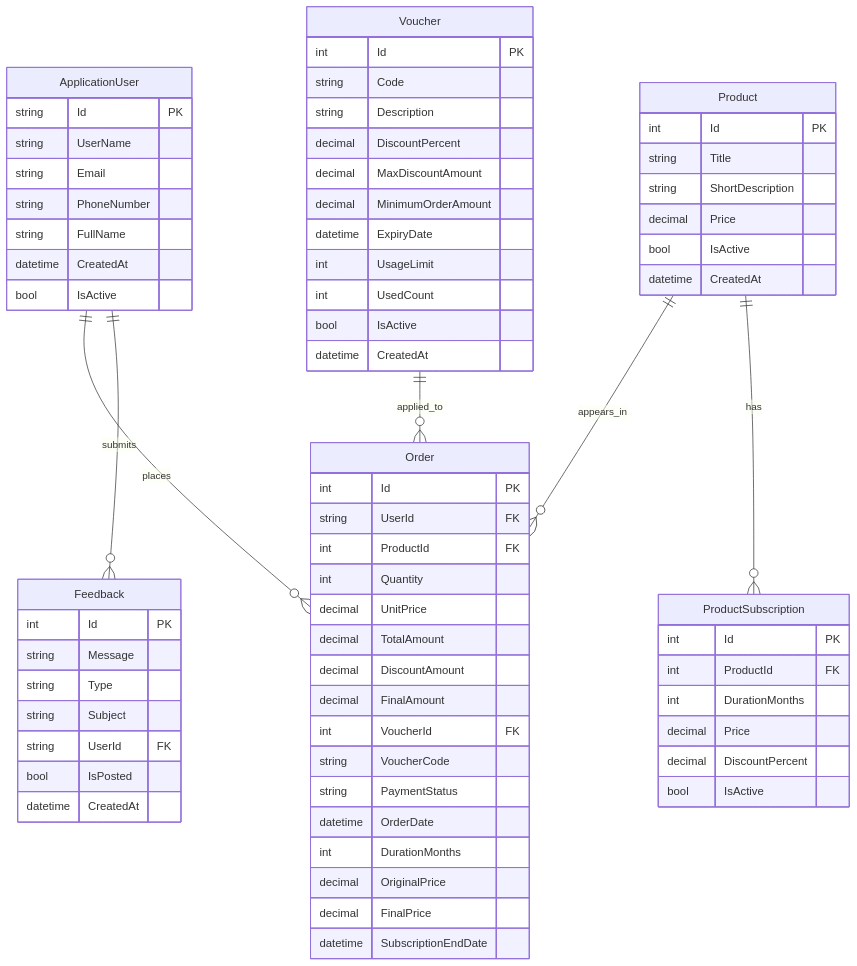
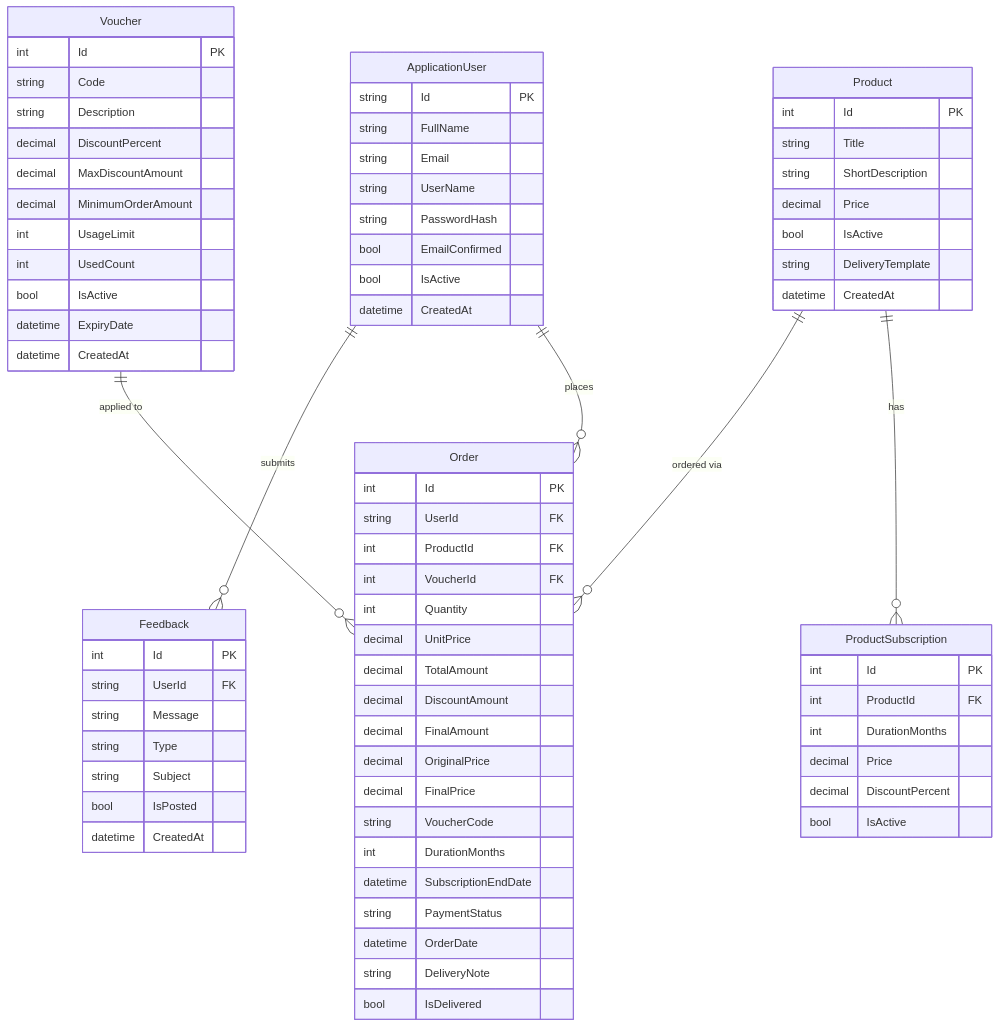
One commit to Saobia3i/LinearAi_v1 changed the diagram in ERD.md. Above: the diagram before and after it, drawn with Mermaid. The commit also changed other lines of this file and 1 other file, not shown here.

Commit message:
added erd and use case diagram

````diff
--- a/ERD.md
+++ b/ERD.md
@@ -8,12 +4,13 @@
 erDiagram
     ApplicationUser {
         string Id PK
+        string FullName
+        string Email
         string UserName
-        string Email
-        string PhoneNumber
-        string FullName
+        string PasswordHash
+        bool EmailConfirmed
+        bool IsActive
         datetime CreatedAt
-        bool IsActive
     }
 
     Product {
@@ -22,6 +19,7 @@
         string ShortDescription
         decimal Price
         bool IsActive
+        string DeliveryTemplate
         datetime CreatedAt
     }
 
@@ -34,6 +32,27 @@
         bool IsActive
     }
 
+    Order {
+        int Id PK
+        string UserId FK
+        int ProductId FK
+        int VoucherId FK
+        int Quantity
+        decimal UnitPrice
+        decimal TotalAmount
+        decimal DiscountAmount
+        decimal FinalAmount
+        decimal OriginalPrice
+        decimal FinalPrice
+        string VoucherCode
+        int DurationMonths
+        datetime SubscriptionEndDate
+        string PaymentStatus
+        datetime OrderDate
+        string DeliveryNote
+        bool IsDelivered
+    }
+
     Voucher {
         int Id PK
         string Code
@@ -41,45 +60,26 @@
         decimal DiscountPercent
         decimal MaxDiscountAmount
         decimal MinimumOrderAmount
-        datetime ExpiryDate
         int UsageLimit
         int UsedCount
         bool IsActive
+        datetime ExpiryDate
         datetime CreatedAt
     }
 
     Feedback {
         int Id PK
+        string UserId FK
         string Message
         string Type
         string Subject
-        string UserId FK
         bool IsPosted
         datetime CreatedAt
     }
 
-    Order {
-        int Id PK
-        string UserId FK
-        int ProductId FK
-        int Quantity
-        decimal UnitPrice
-        decimal TotalAmount
-        decimal DiscountAmount
-        decimal FinalAmount
-        int VoucherId FK
-        string VoucherCode
-        string PaymentStatus
-        datetime OrderDate
-        int DurationMonths
-        decimal OriginalPrice
-        decimal FinalPrice
-        datetime SubscriptionEndDate
-    }
-
-    ApplicationUser ||--o{ Order : places
-    Product ||--o{ Order : appears_in
-    Product ||--o{ ProductSubscription : has
-    ApplicationUser ||--o{ Feedback : submits
-    Voucher ||--o{ Order : applied_to
+    ApplicationUser ||--o{ Order : "places"
+    ApplicationUser ||--o{ Feedback : "submits"
+    Product ||--o{ ProductSubscription : "has"
+    Product ||--o{ Order : "ordered via"
+    Voucher ||--o{ Order : "applied to"
 ```
````
